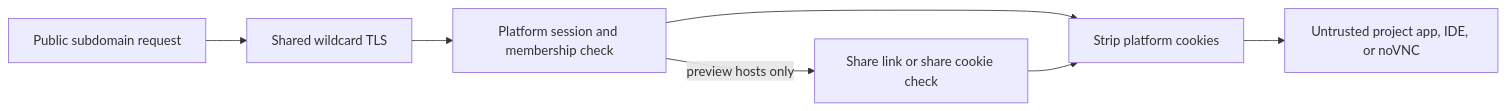
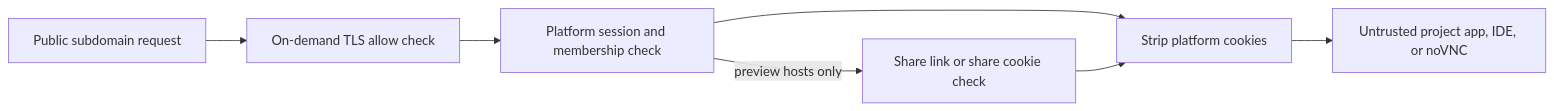
The seventh of 7 diagrams in docs/03-platform/06-previews-and-browser.md (AbdallahMohamedDotnet/remote.futrx), drawn with Mermaid before and after one commit. The commit also changed other lines of this file and 47 other files, not shown here.

````diff
--- a/docs/03-platform/06-previews-and-browser.md
+++ b/docs/03-platform/06-previews-and-browser.md
@@ -161,9 +161,9 @@
 ```mermaid
 flowchart LR
-    Request["Public subdomain request"] --> TLS["Shared wildcard TLS"]
+    Request["Public subdomain request"] --> TLS["On-demand TLS allow check"]
     TLS --> Auth["Platform session and membership check"]
     Auth -->|"preview hosts only"| Share["Share link or share cookie check"]
     Auth --> Strip["Strip platform cookies"]
     Share --> Strip
     Strip --> Container["Untrusted project app, IDE, or noVNC"]
 ```
````
